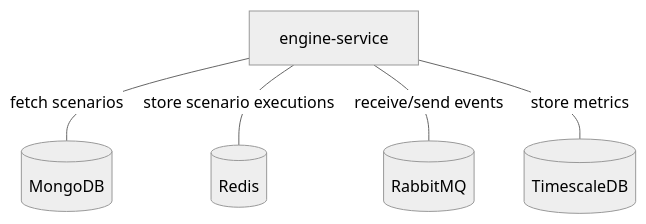
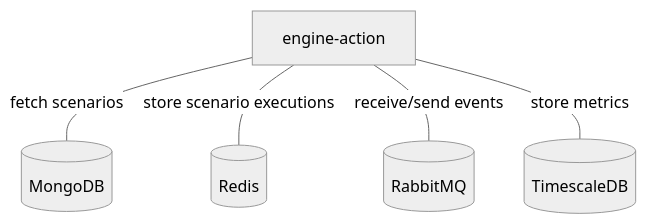
The first of 4 diagrams in community/sources/docs/en/schemas/engine-action.md (capensis/canopsis), drawn with Mermaid (neutral theme) before and after one commit. The commit also changed other lines of this file and 10 other files, not shown here.

````diff
--- a/community/sources/docs/en/schemas/engine-action.md
+++ b/community/sources/docs/en/schemas/engine-action.md
@@ -7,12 +7,12 @@
 ```mermaid
 flowchart
-    ESE[engine-service]
+    EAC[engine-action]
     MDB[(MongoDB)]
     RMQ[(RabbitMQ)]
     TDB[(TimescaleDB)]
     R[(Redis)]
-    ESE ---|fetch scenarios| MDB
-    ESE ---|store scenario executions| R
-    ESE ---|receive/send events| RMQ
-    ESE ---|store metrics| TDB
+    EAC ---|fetch scenarios| MDB
+    EAC ---|store scenario executions| R
+    EAC ---|receive/send events| RMQ
+    EAC ---|store metrics| TDB
 ```
````
